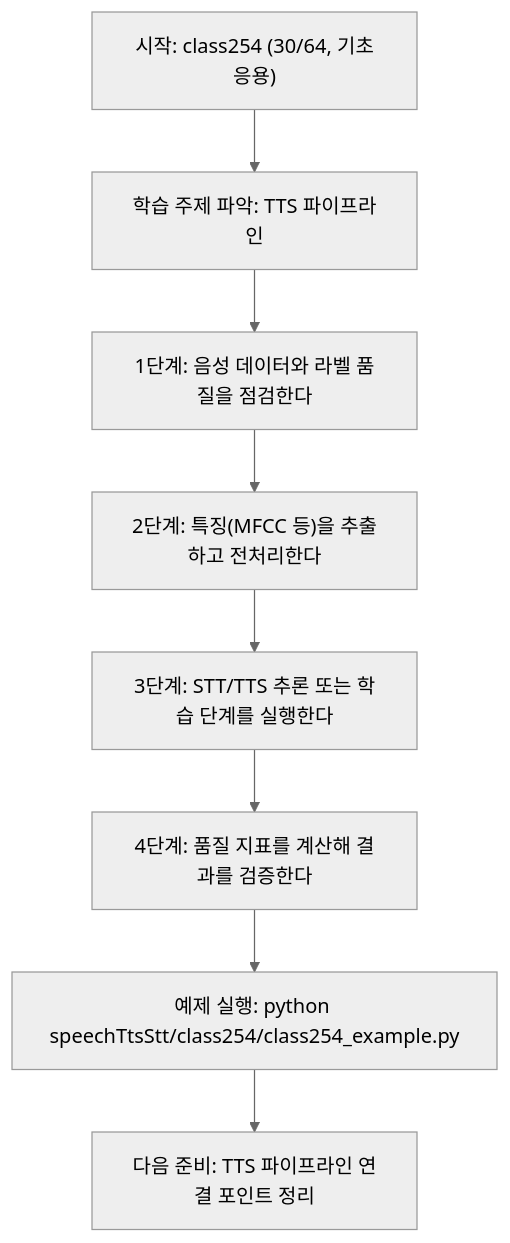
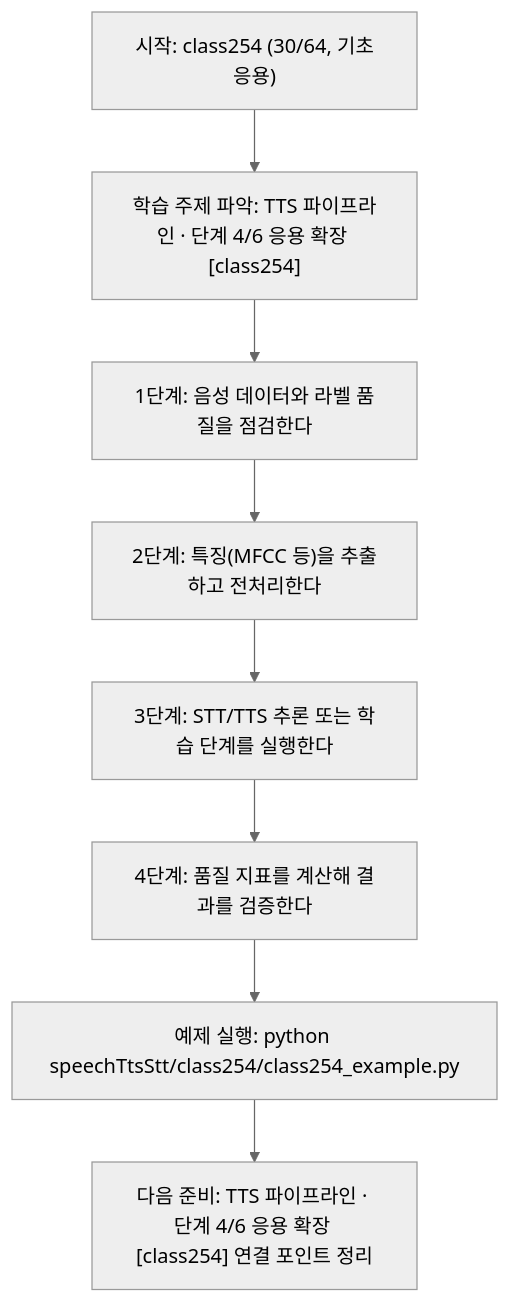
One commit to edumgt/Python-AI_Agent-Class changed the diagram in speechTtsStt/class254/class254.md. Above: the diagram before and after it, drawn with Mermaid (neutral theme). The commit also changed other lines of this file and 522 other files, not shown here.

````diff
--- a/speechTtsStt/class254/class254.md
+++ b/speechTtsStt/class254/class254.md
@@ -112,18 +113,18 @@
 ```mermaid
 flowchart TD
 N1["시작: class254 (30/64, 기초응용)"]
-N2["학습 주제 파악: TTS 파이프라인"]
+N2["학습 주제 파악: TTS 파이프라인 · 단계 4/6 응용 확장 [class254]"]
 N3["1단계: 음성 데이터와 라벨 품질을 점검한다"]
 N4["2단계: 특징(MFCC 등)을 추출하고 전처리한다"]
 N5["3단계: STT/TTS 추론 또는 학습 단계를 실행한다"]
 N6["4단계: 품질 지표를 계산해 결과를 검증한다"]
 N7["예제 실행: python speechTtsStt/class254/class254_example.py"]
-N8["다음 준비: TTS 파이프라인 연결 포인트 정리"]
+N8["다음 준비: TTS 파이프라인 · 단계 4/6 응용 확장 [class254] 연결 포인트 정리"]
 N1 --> N2
 N2 --> N3
 N3 --> N4
 N4 --> N5
 N5 --> N6
 N6 --> N7
 N7 --> N8
 ```
````
